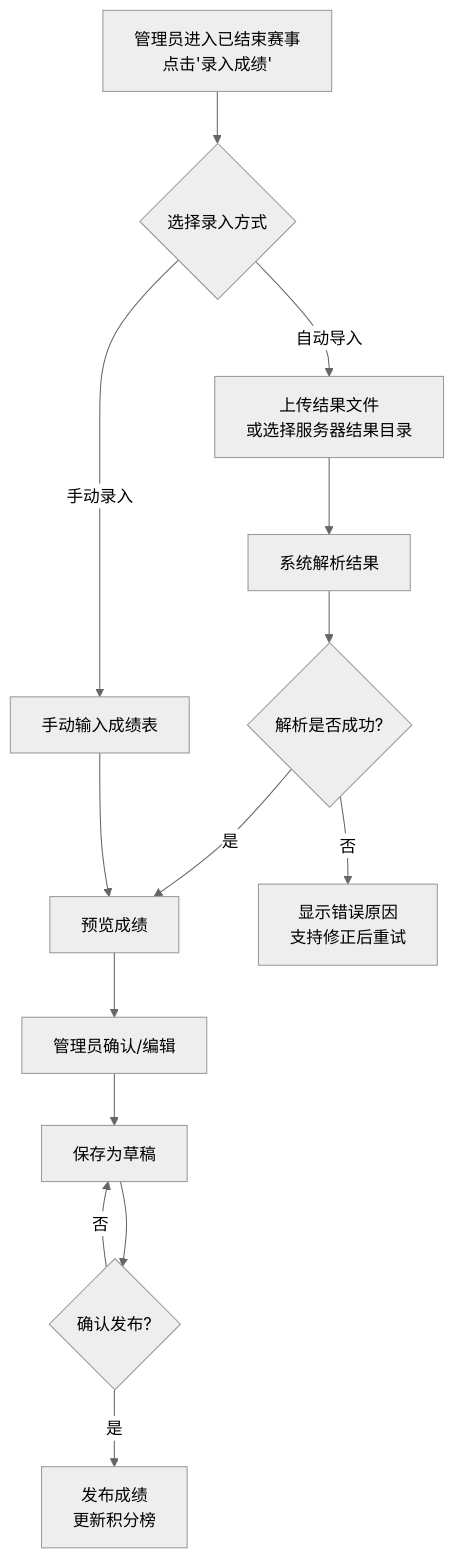
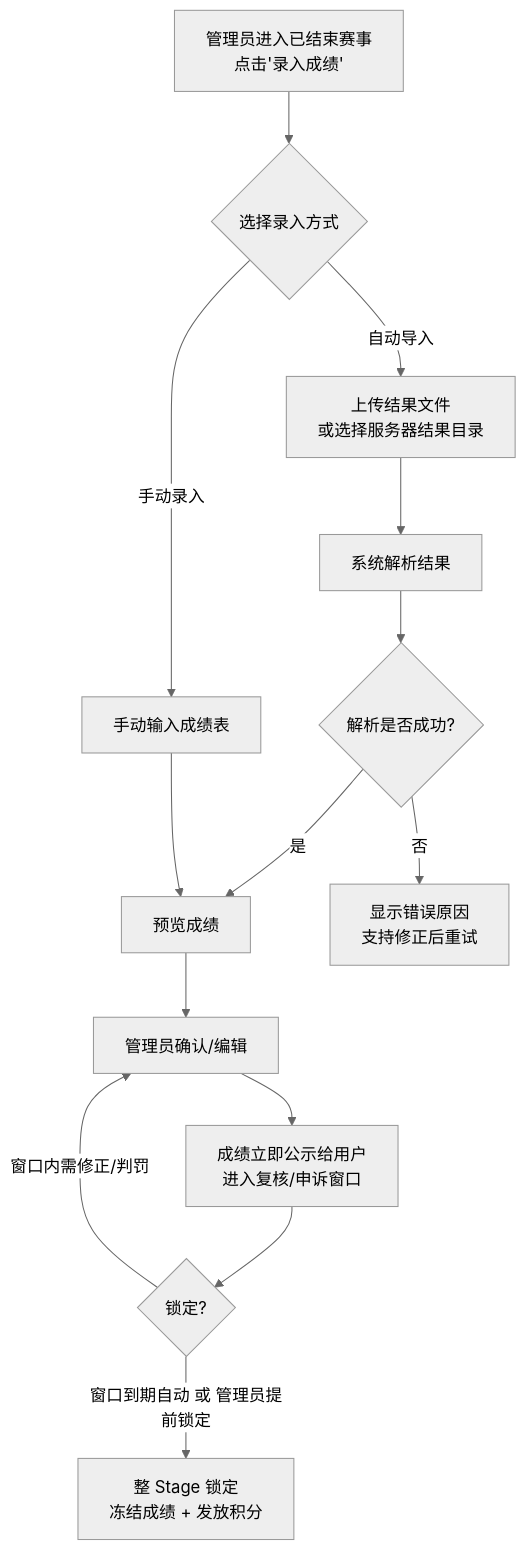
Before and after one commit to SagaLinZP/Racing-Arcade: diagram 11 of 13 in PRD.md, drawn with Mermaid (neutral theme). The commit also changed other lines of this file and 62 other files, not shown here.

````diff
--- a/PRD.md
+++ b/PRD.md
@@ -1368,19 +1530,19 @@
 ```mermaid
 flowchart TD
     A[管理员进入已结束赛事<br/>点击'录入成绩'] --> B{选择录入方式}
 
     B -->|自动导入| C[上传结果文件<br/>或选择服务器结果目录]
     B -->|手动录入| D[手动输入成绩表]
 
     C --> E[系统解析结果]
     E --> F{解析是否成功?}
     F -->|是| G[预览成绩]
     F -->|否| F1[显示错误原因<br/>支持修正后重试]
 
     D --> G
     G --> H[管理员确认/编辑]
-    H --> I[保存为草稿]
-    I --> J{确认发布?}
-    J -->|是| K[发布成绩<br/>更新积分榜]
-    J -->|否| I
+    H --> I[成绩立即公示给用户<br/>进入复核/申诉窗口]
+    I --> J{锁定?}
+    J -->|窗口内需修正/判罚| H
+    J -->|窗口到期自动 或 管理员提前锁定| K[整 Stage 锁定<br/>冻结成绩 + 发放积分]
 ```
````
